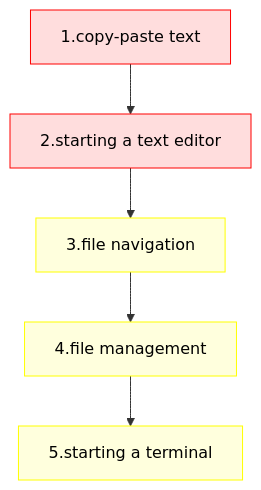
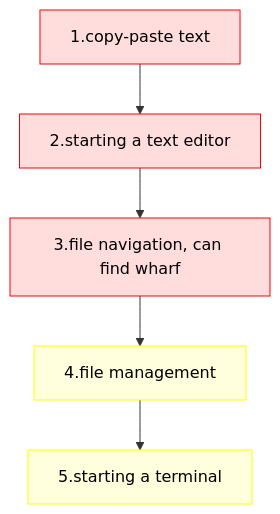
One commit to UPPMAX/bianca_workshop changed the diagram in docs/use_remote_desktop.md. Above: the diagram before and after it, drawn with Mermaid. The commit also changed other lines of this file and 1 other file, not shown here.

Commit message:
Navigate to project folder and wharf, fix #50

````diff
--- a/docs/use_remote_desktop.md
+++ b/docs/use_remote_desktop.md
@@ -78,14 +78,14 @@
 ```mermaid
 flowchart TD
 
   classDef minimal_node fill:#fdd,color:#000,stroke:#f00
   classDef extra_node fill:#ffd,color:#000,stroke:#ff0
 
   exercise_1[1.copy-paste text]:::minimal_node
   exercise_2[2.starting a text editor]:::minimal_node
-  exercise_3[3.file navigation]:::extra_node
+  exercise_3[3.file navigation, can find wharf]:::minimal_node
   exercise_4[4.file management]:::extra_node
   exercise_5[5.starting a terminal]:::extra_node
 
   exercise_1 --> exercise_2 --> exercise_3 --> exercise_4 --> exercise_5
 ```
````
